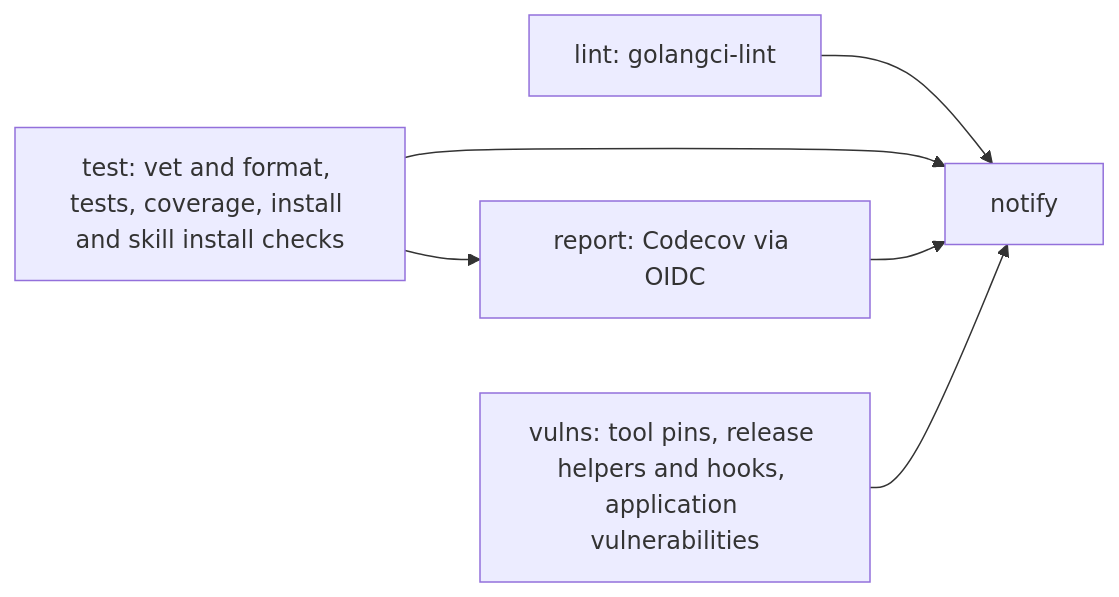
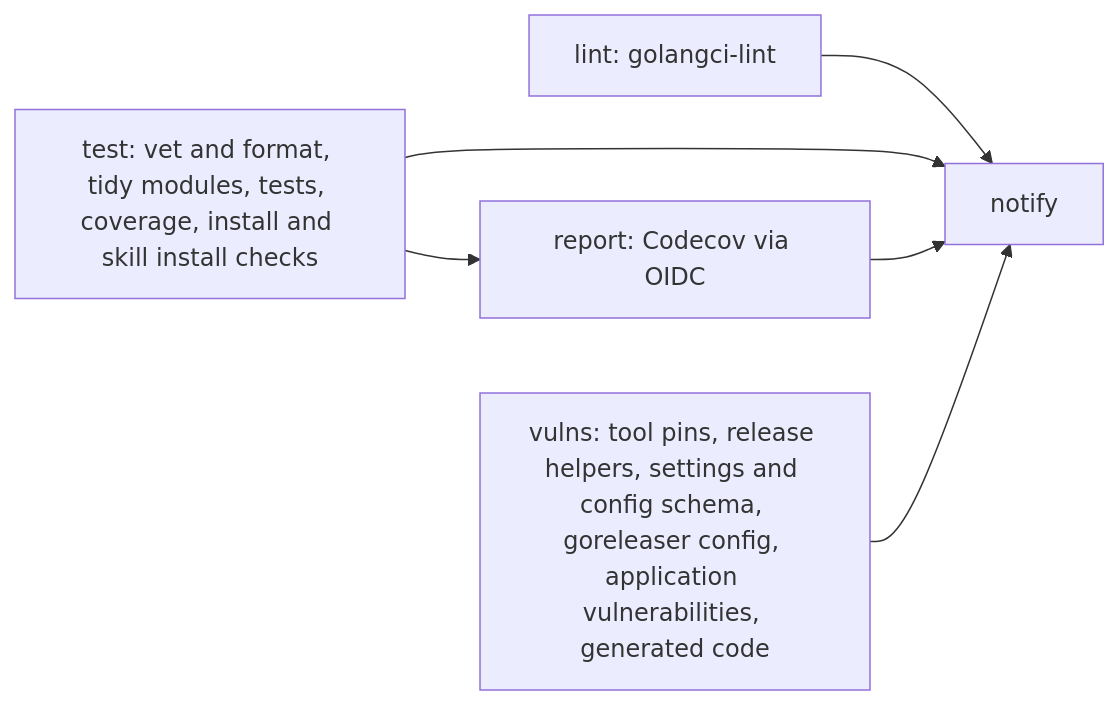
Before and after one commit to octopot/indexit: the second of 10 diagrams in .github/workflows/README.md, drawn with Mermaid. The commit also changed other lines of this file and 3 other files, not shown here.

````diff
--- a/.github/workflows/README.md
+++ b/.github/workflows/README.md
@@ -54,7 +84,7 @@
 ```mermaid
 flowchart LR
   lint[lint: golangci-lint]
-  test[test: vet and format, tests, coverage, install and skill install checks] --> report[report: Codecov via OIDC]
-  vulns[vulns: tool pins, release helpers and hooks, application vulnerabilities]
+  test[test: vet and format, tidy modules, tests, coverage, install and skill install checks] --> report[report: Codecov via OIDC]
+  vulns[vulns: tool pins, release helpers, settings and config schema, goreleaser config, application vulnerabilities, generated code]
   lint & test & report & vulns --> notify[notify]
 ```
````
